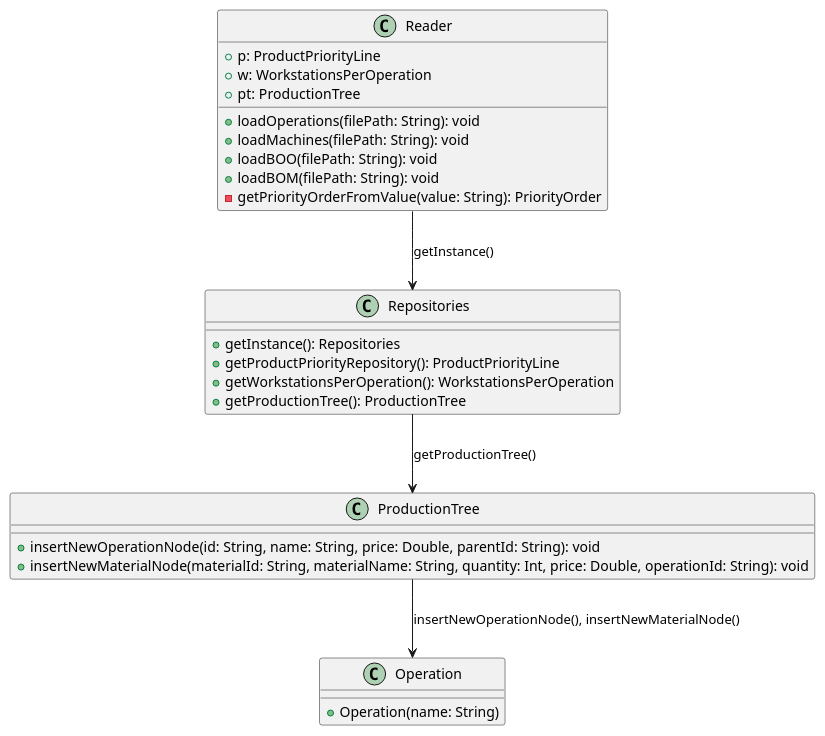
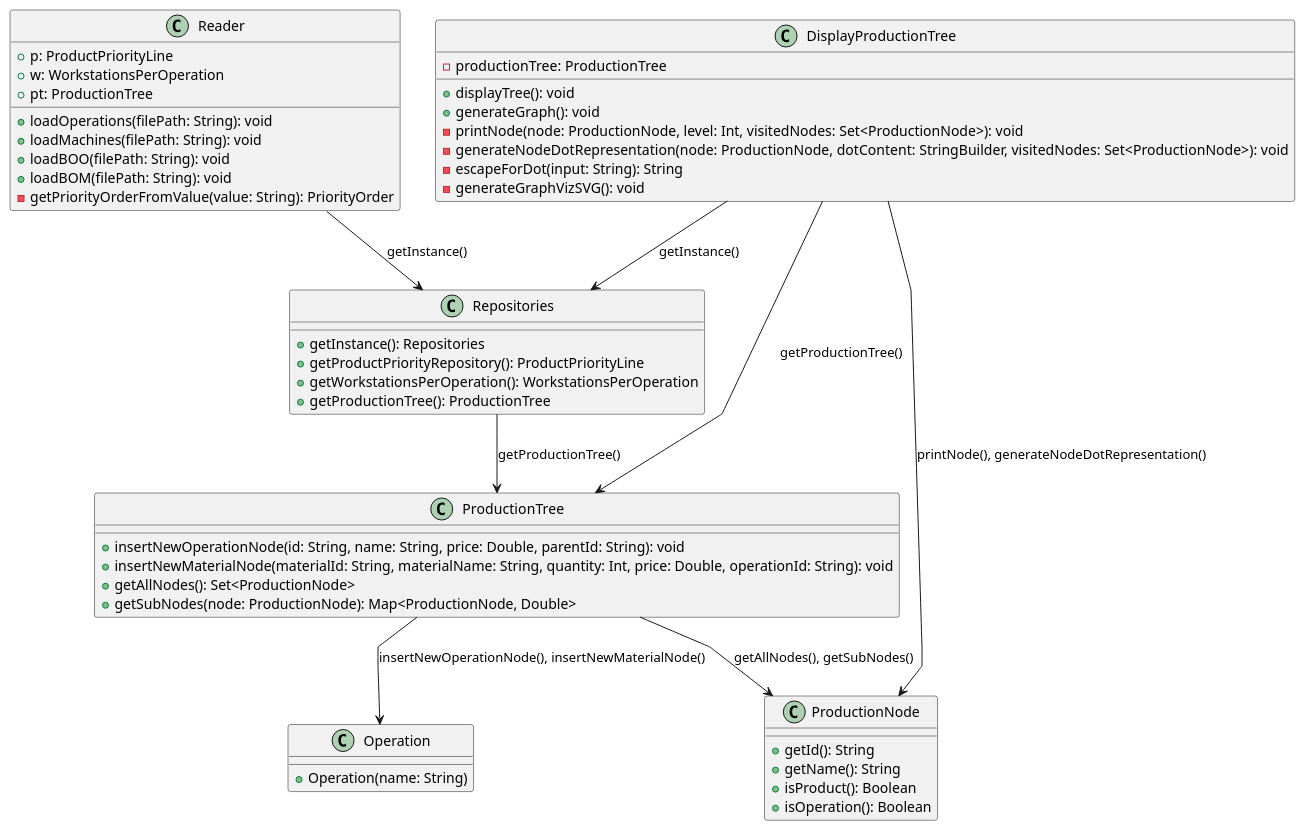
One commit to ricardomm7/buildflow changed the diagram in others/documentation/usEI09/design/puml/class-diagram.puml. Above: the diagram before and after it, drawn with PlantUML. The commit also changed 37 other files, not shown here.

```diff
--- a/others/documentation/usEI09/design/puml/class-diagram.puml
+++ b/others/documentation/usEI09/design/puml/class-diagram.puml
@@ -1,39 +1,64 @@
 @startuml
 skinparam packageStyle rectangle
 skinparam shadowing false
 skinparam linetype polyline
 
 class Reader {
     +loadOperations(filePath: String): void
     +loadMachines(filePath: String): void
     +loadBOO(filePath: String): void
     +loadBOM(filePath: String): void
     -getPriorityOrderFromValue(value: String): PriorityOrder
 
     +p: ProductPriorityLine
     +w: WorkstationsPerOperation
     +pt: ProductionTree
 }
 
 class ProductionTree {
     +insertNewOperationNode(id: String, name: String, price: Double, parentId: String): void
     +insertNewMaterialNode(materialId: String, materialName: String, quantity: Int, price: Double, operationId: String): void
+    +getAllNodes(): Set<ProductionNode>
+    +getSubNodes(node: ProductionNode): Map<ProductionNode, Double>
 }
 
 class Repositories {
     +getInstance(): Repositories
     +getProductPriorityRepository(): ProductPriorityLine
     +getWorkstationsPerOperation(): WorkstationsPerOperation
     +getProductionTree(): ProductionTree
 }
 
 class Operation {
     +Operation(name: String)
 }
 
+class ProductionNode {
+    +getId(): String
+    +getName(): String
+    +isProduct(): Boolean
+    +isOperation(): Boolean
+}
+
+class DisplayProductionTree {
+    +displayTree(): void
+    +generateGraph(): void
+    -printNode(node: ProductionNode, level: Int, visitedNodes: Set<ProductionNode>): void
+    -generateNodeDotRepresentation(node: ProductionNode, dotContent: StringBuilder, visitedNodes: Set<ProductionNode>): void
+    -escapeForDot(input: String): String
+    -generateGraphVizSVG(): void
+
+    -productionTree: ProductionTree
+}
+
 Reader --> Repositories : getInstance()
 Repositories --> ProductionTree : getProductionTree()
 
 ProductionTree --> Operation : insertNewOperationNode(), insertNewMaterialNode()
+ProductionTree --> ProductionNode : getAllNodes(), getSubNodes()
+
+DisplayProductionTree --> Repositories : getInstance()
+DisplayProductionTree --> ProductionTree : getProductionTree()
+DisplayProductionTree --> ProductionNode : printNode(), generateNodeDotRepresentation()
 
 @enduml
```
